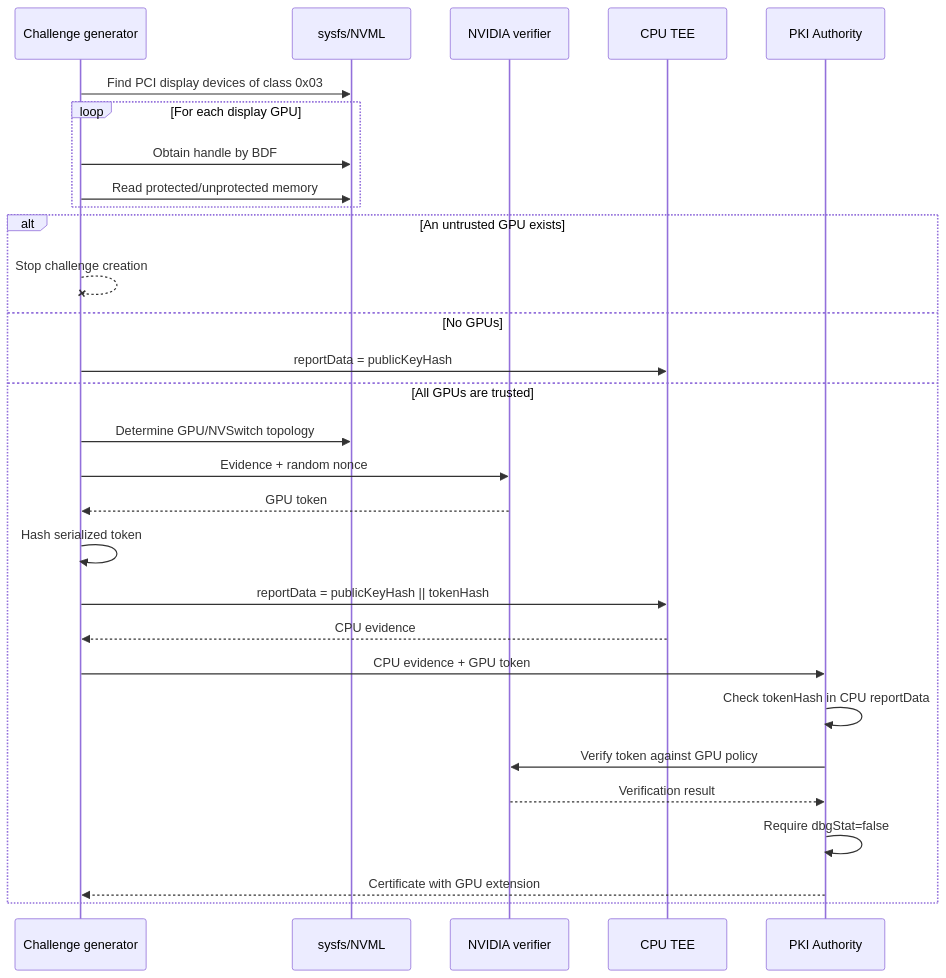
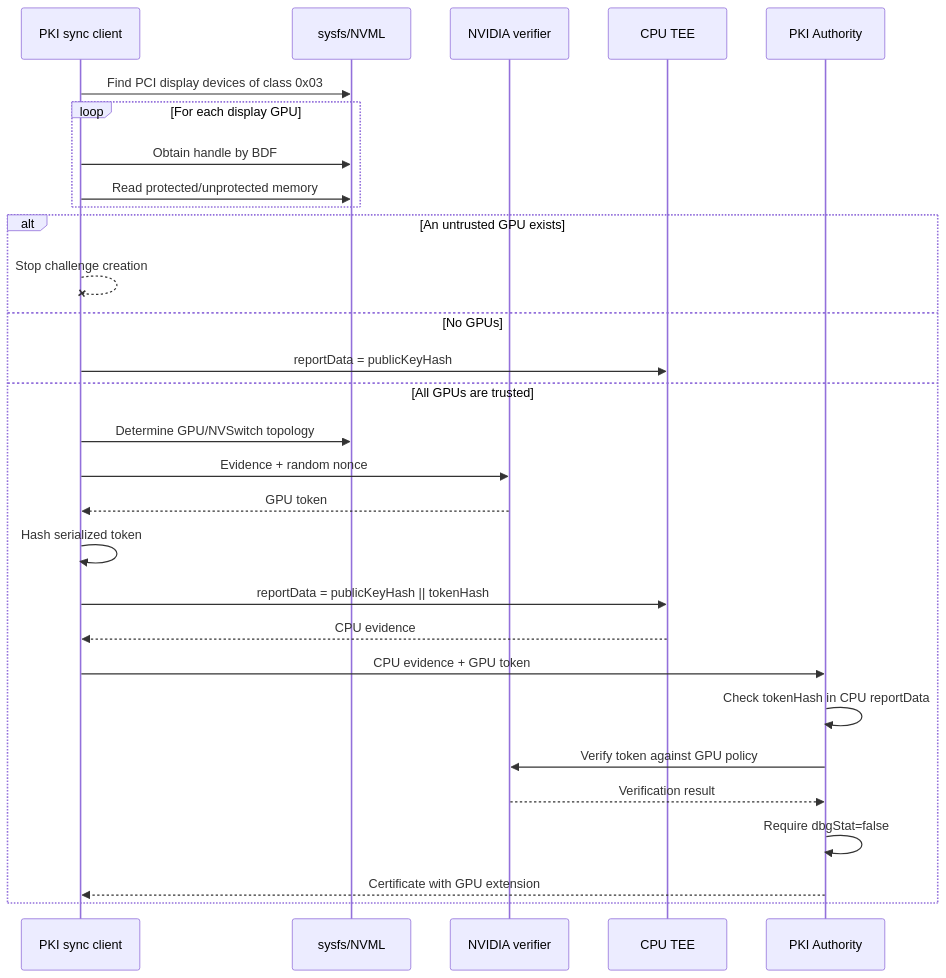
The diagram in docs/05-nvidia-gpu-attestation.md (Super-Protocol/sp-vm), drawn with Mermaid before and after one commit. The commit also changed 9 other files, not shown here.

````diff
--- a/docs/05-nvidia-gpu-attestation.md
+++ b/docs/05-nvidia-gpu-attestation.md
@@ -15,32 +15,32 @@
 ```mermaid
 sequenceDiagram
-    participant VM as Challenge generator
+    participant VM as PKI sync client
     participant PCI as sysfs/NVML
     participant NRAS as NVIDIA verifier
     participant CPU as CPU TEE
     participant PKI as PKI Authority
 
     VM->>PCI: Find PCI display devices of class 0x03
     loop For each display GPU
         VM->>PCI: Obtain handle by BDF
         VM->>PCI: Read protected/unprotected memory
     end
     alt An untrusted GPU exists
         VM--xVM: Stop challenge creation
     else No GPUs
         VM->>CPU: reportData = publicKeyHash
     else All GPUs are trusted
         VM->>PCI: Determine GPU/NVSwitch topology
         VM->>NRAS: Evidence + random nonce
         NRAS-->>VM: GPU token
         VM->>VM: Hash serialized token
         VM->>CPU: reportData = publicKeyHash || tokenHash
         CPU-->>VM: CPU evidence
         VM->>PKI: CPU evidence + GPU token
         PKI->>PKI: Check tokenHash in CPU reportData
         PKI->>NRAS: Verify token against GPU policy
         NRAS-->>PKI: Verification result
         PKI->>PKI: Require dbgStat=false
         PKI-->>VM: Certificate with GPU extension
     end
 ```
````
